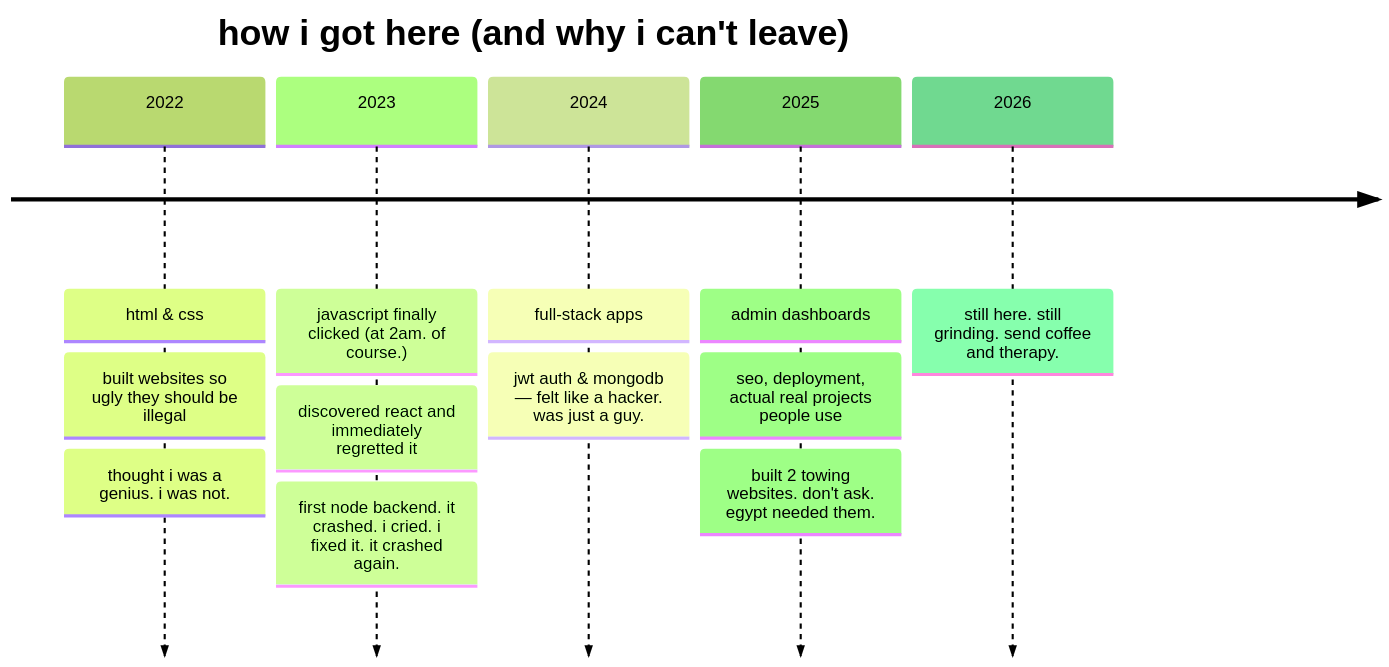
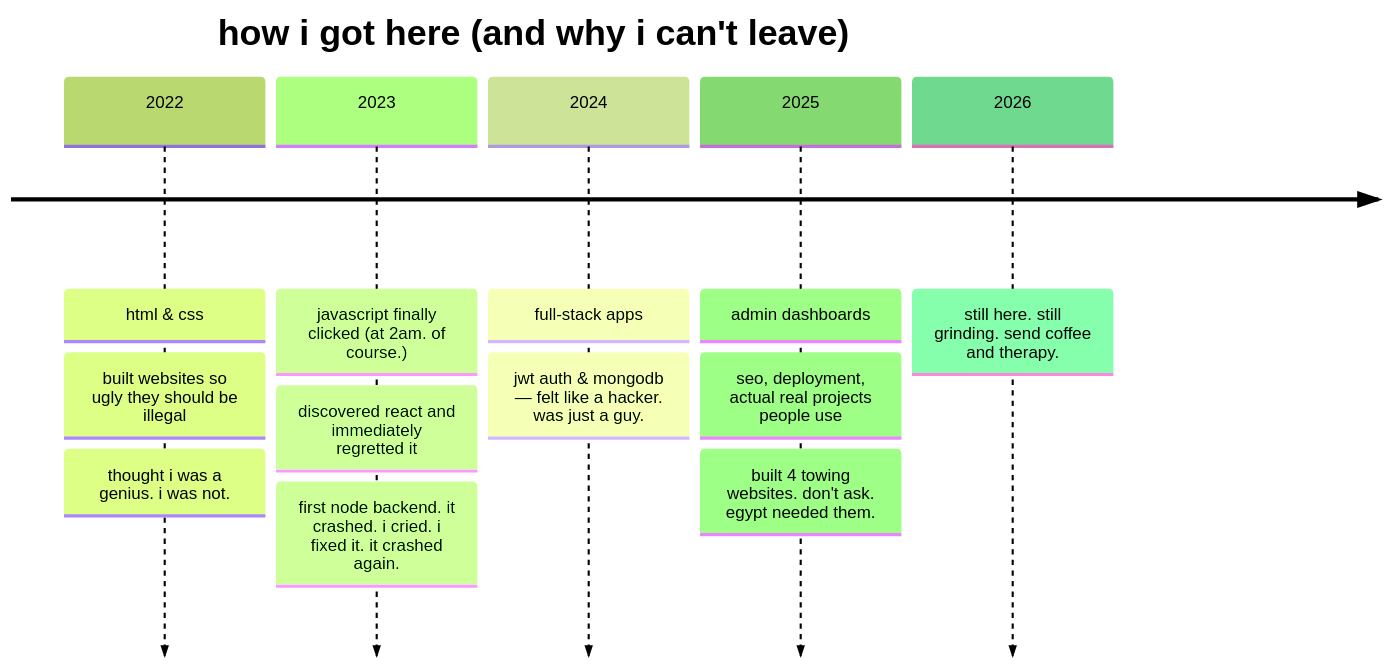
The third of 3 diagrams in README.md (3bdoKH/3bdoKH), drawn with Mermaid (forest theme) before and after one commit.

Commit message:
Update number of towing websites built in README

````diff
--- a/README.md
+++ b/README.md
@@ -93,16 +93,16 @@
 ```mermaid
 timeline
     title how i got here (and why i can't leave)
     2022 : html & css
          : built websites so ugly they should be illegal
          : thought i was a genius. i was not.
     2023 : javascript finally clicked (at 2am. of course.)
          : discovered react and immediately regretted it
          : first node backend. it crashed. i cried. i fixed it. it crashed again.
     2024 : full-stack apps
          : jwt auth & mongodb — felt like a hacker. was just a guy.
     2025 : admin dashboards
          : seo, deployment, actual real projects people use
-         : built 2 towing websites. don't ask. egypt needed them.
+         : built 4 towing websites. don't ask. egypt needed them.
     2026 : still here. still grinding. send coffee and therapy.
 ```
````
